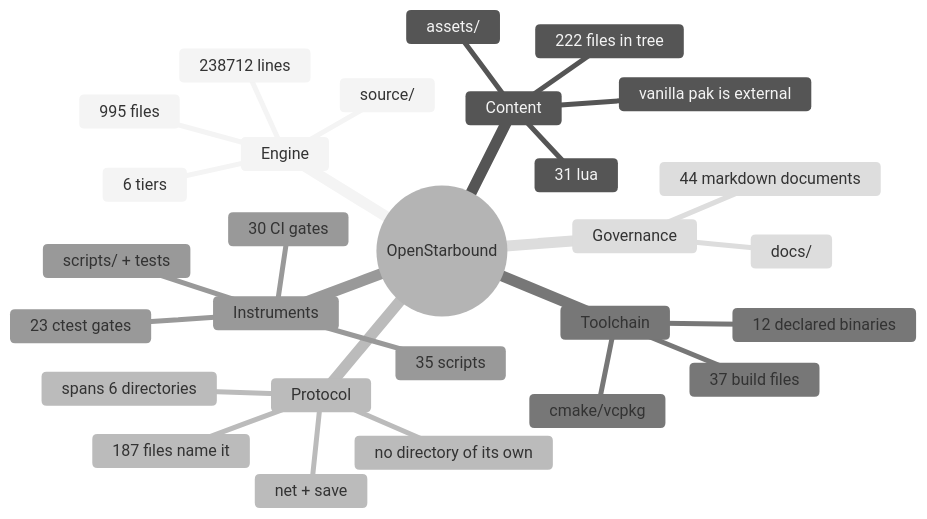
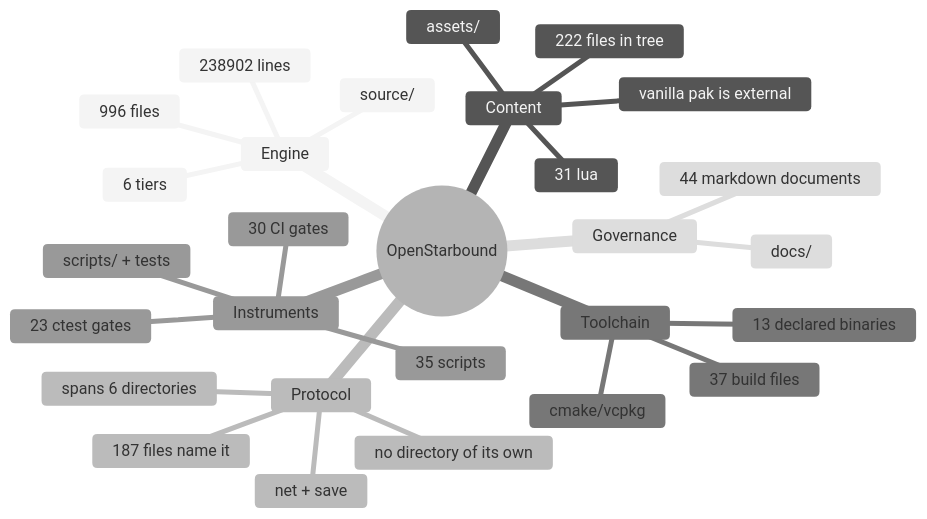
One commit to apnex/OpenStarbound changed the second of 11 diagrams in docs/architecture/system-boundaries.md. Above: the diagram before and after it, drawn with Mermaid (neutral theme). The commit also changed other lines of this file and 2 other files, not shown here.

````diff
--- a/docs/architecture/system-boundaries.md
+++ b/docs/architecture/system-boundaries.md
@@ -166,31 +166,31 @@
 ```mermaid
 mindmap
   root((OpenStarbound))
     Engine
       source/
-      995 files
-      238712 lines
+      996 files
+      238902 lines
       6 tiers
     Content
       assets/
       222 files in tree
       31 lua
       vanilla pak is external
     Protocol
       net + save
       187 files name it
       spans 6 directories
       no directory of its own
     Toolchain
       cmake/vcpkg
       37 build files
-      12 declared binaries
+      13 declared binaries
     Instruments
       scripts/ + tests
       35 scripts
       23 ctest gates
       30 CI gates
     Governance
       docs/
       44 markdown documents
 ```
````
